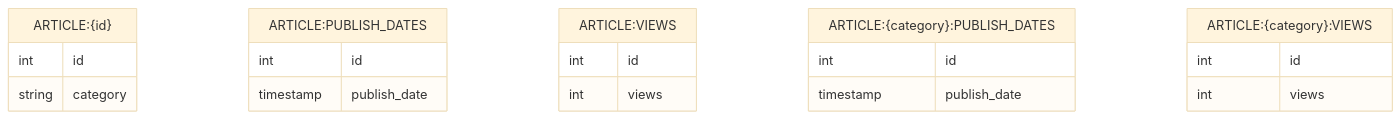
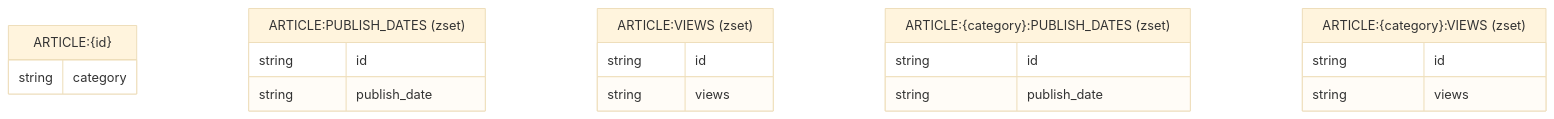
One commit to Arnasst/nereliacines-news-portal changed the third of 3 diagrams in README.md. Above: the diagram before and after it, drawn with Mermaid (base theme).

Commit message:
Add set types to redis ER diagram

````diff
--- a/README.md
+++ b/README.md
@@ -96,29 +96,28 @@
 ```mermaid
 
 erDiagram
     "ARTICLE:{id}" {
-        int id
         string category
     }
 
-    "ARTICLE:PUBLISH_DATES" {
-        int id
-        timestamp publish_date
+    "ARTICLE:PUBLISH_DATES (zset)" {
+        string id
+        string publish_date
     }
 
-    "ARTICLE:VIEWS" {
-        int id
-        int views
+    "ARTICLE:VIEWS (zset)" {
+        string id
+        string views
     }
 
-    "ARTICLE:{category}:PUBLISH_DATES" {
-        int id
-        timestamp publish_date
+    "ARTICLE:{category}:PUBLISH_DATES (zset)" {
+        string id
+        string publish_date
     }
 
-    "ARTICLE:{category}:VIEWS" {
-        int id
-        int views
+    "ARTICLE:{category}:VIEWS (zset)" {
+        string id
+        string views
     }
 
 ```
````
